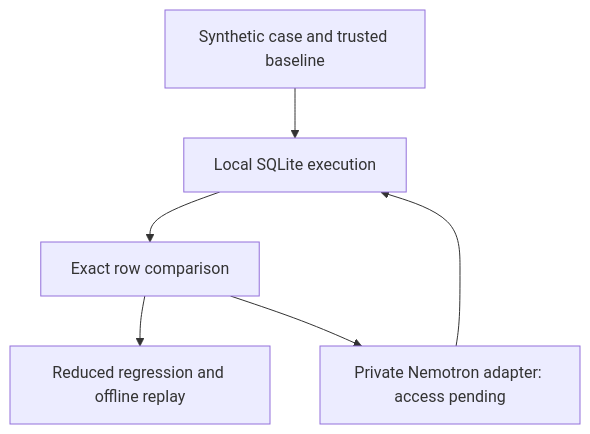
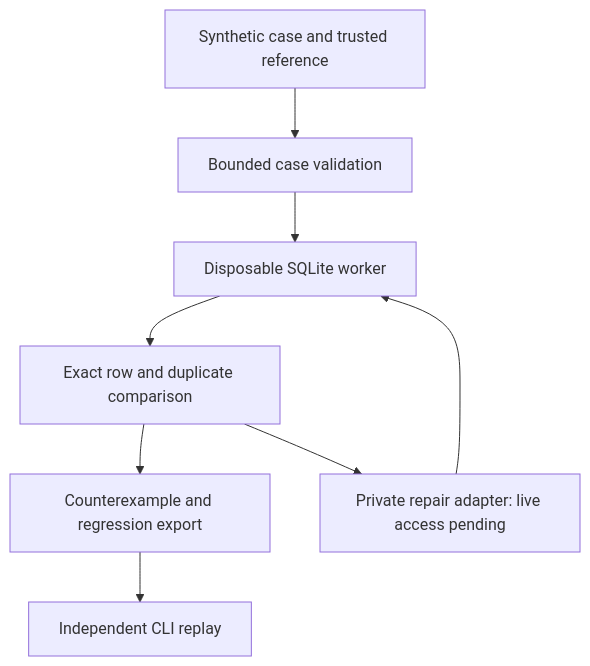
The diagram in README.md (adeelfalaksher900-creator/rowglass), drawn with Mermaid before and after one commit. The commit also changed other lines of this file, not shown here.

Commit message:
docs: improve README setup and architecture

````diff
--- a/README.md
+++ b/README.md
@@ -148,8 +60,10 @@
 ```mermaid
 flowchart TD
-  A["Synthetic case and trusted baseline"] --> B["Local SQLite execution"]
-  B --> C["Exact row comparison"]
-  C --> D["Reduced regression and offline replay"]
-  C --> E["Private Nemotron adapter: access pending"]
-  E --> B
+  C["Synthetic case and trusted reference"] --> V["Bounded case validation"]
+  V --> E["Disposable SQLite worker"]
+  E --> D["Exact row and duplicate comparison"]
+  D --> R["Counterexample and regression export"]
+  R --> P["Independent CLI replay"]
+  D --> N["Private repair adapter: live access pending"]
+  N --> E
 ```
````
